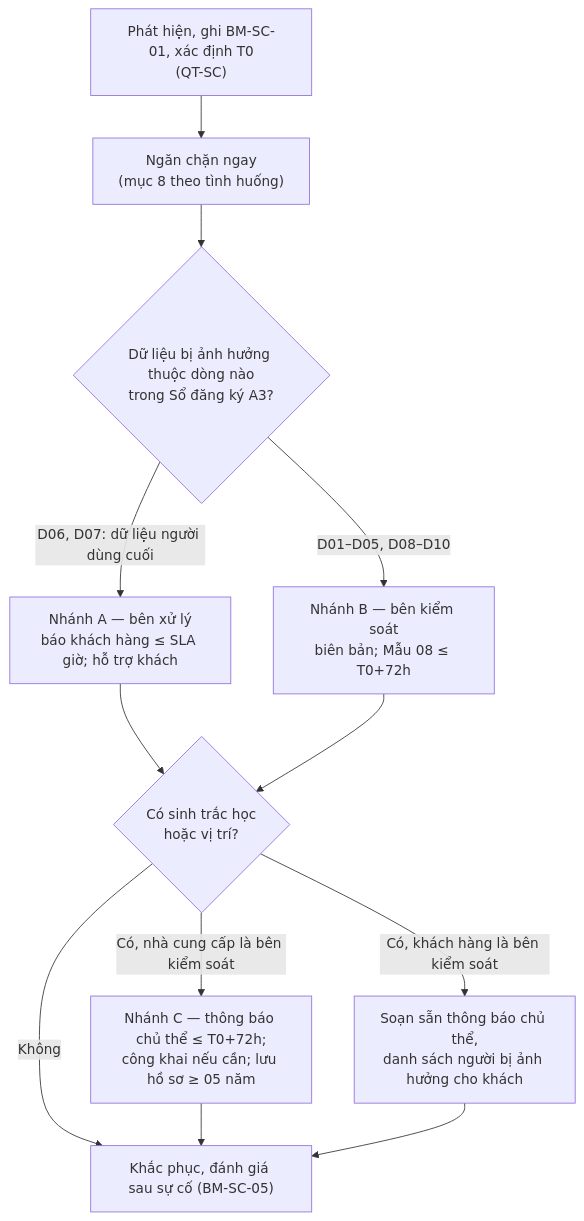
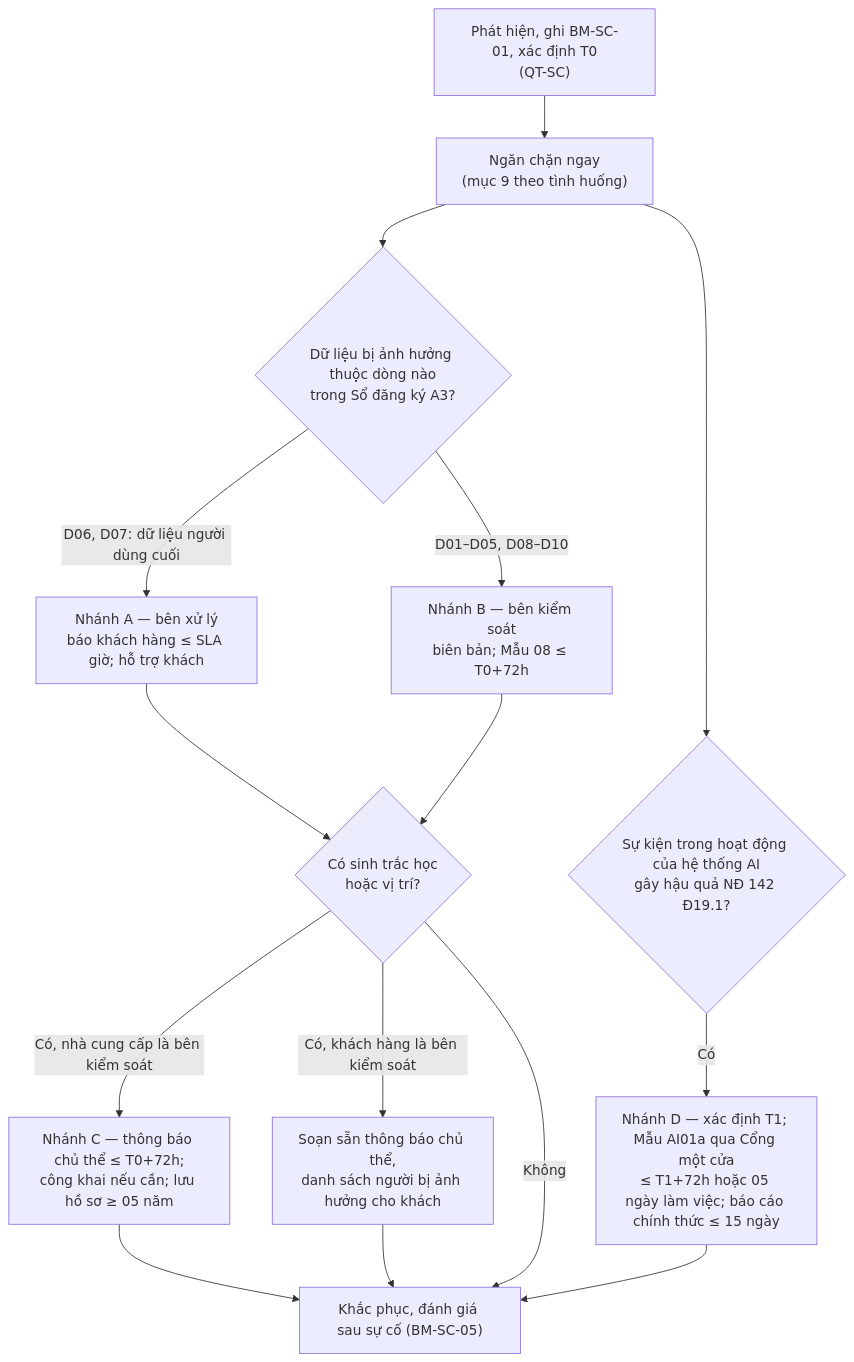
Before and after one commit to ldphuong-vn/vn-cyber-compliance: the diagram in docs/09-ai-vision/a7-quy-trinh-su-co-dlcn-sinh-trac-hoc.md, drawn with Mermaid. The commit also changed other lines of this file and 16 other files, not shown here.

````diff
--- a/docs/09-ai-vision/a7-quy-trinh-su-co-dlcn-sinh-trac-hoc.md
+++ b/docs/09-ai-vision/a7-quy-trinh-su-co-dlcn-sinh-trac-hoc.md
@@ -66,14 +79,17 @@
 ```mermaid
 flowchart TD
-    A["Phát hiện, ghi BM-SC-01, xác định T0<br/>(QT-SC)"] --> B["Ngăn chặn ngay<br/>(mục 8 theo tình huống)"]
+    A["Phát hiện, ghi BM-SC-01, xác định T0<br/>(QT-SC)"] --> B["Ngăn chặn ngay<br/>(mục 9 theo tình huống)"]
     B --> C{"Dữ liệu bị ảnh hưởng thuộc dòng nào<br/>trong Sổ đăng ký A3?"}
     C -->|"D06, D07: dữ liệu người dùng cuối"| NA["Nhánh A — bên xử lý<br/>báo khách hàng ≤ SLA giờ; hỗ trợ khách"]
     C -->|"D01–D05, D08–D10"| NB["Nhánh B — bên kiểm soát<br/>biên bản; Mẫu 08 ≤ T0+72h"]
     NA --> S{"Có sinh trắc học<br/>hoặc vị trí?"}
     NB --> S
     S -->|"Có, nhà cung cấp là bên kiểm soát"| NC["Nhánh C — thông báo chủ thể ≤ T0+72h;<br/>công khai nếu cần; lưu hồ sơ ≥ 05 năm"]
     S -->|"Có, khách hàng là bên kiểm soát"| NC2["Soạn sẵn thông báo chủ thể,<br/>danh sách người bị ảnh hưởng cho khách"]
     S -->|"Không"| E["Khắc phục, đánh giá sau sự cố (BM-SC-05)"]
+    B --> D{"Sự kiện trong hoạt động của hệ thống AI<br/>gây hậu quả NĐ 142 Đ19.1?"}
+    D -->|"Có"| ND["Nhánh D — xác định T1; Mẫu AI01a qua Cổng một cửa<br/>≤ T1+72h hoặc 05 ngày làm việc; báo cáo chính thức ≤ 15 ngày"]
+    ND --> E
     NC --> E
     NC2 --> E
 ```
````
